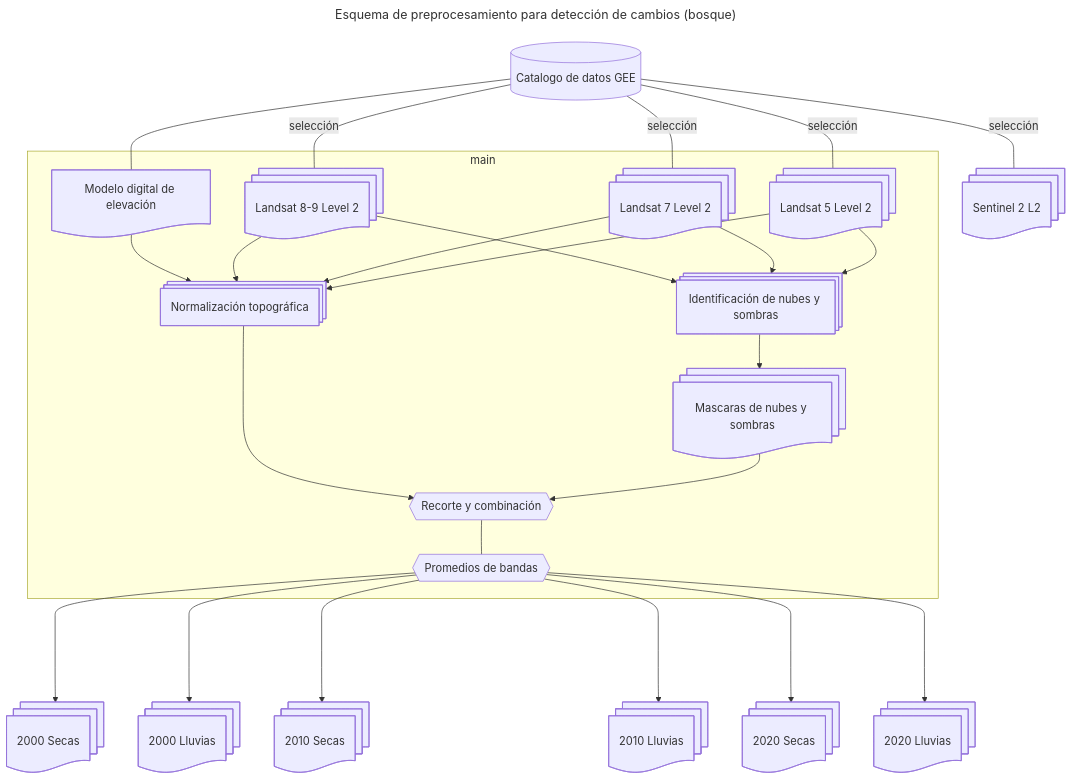
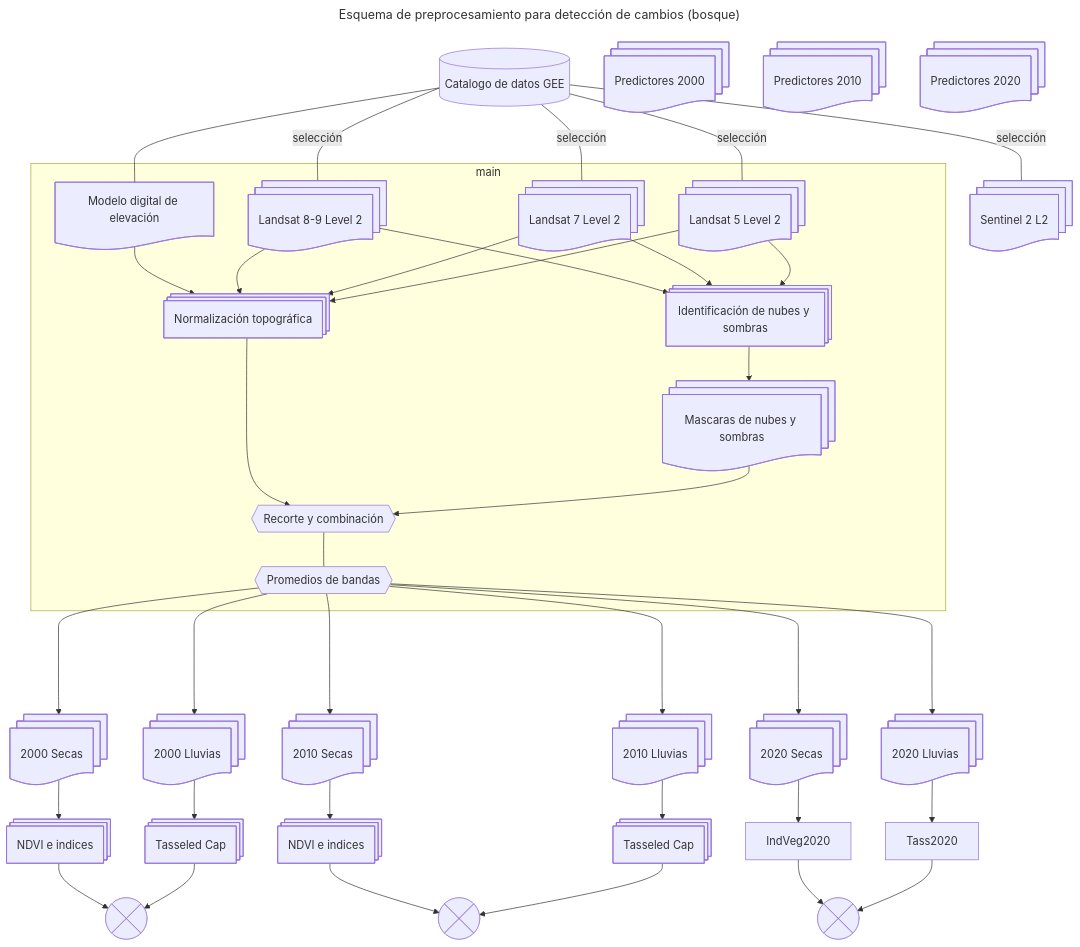
Before and after one commit to vshalisko/GEE: the diagram in ANPs/Esquema_preprocesamiento.mermaid, drawn with Mermaid.

```diff
--- a/ANPs/Esquema_preprocesamiento.mermaid
+++ b/ANPs/Esquema_preprocesamiento.mermaid
@@ -1,54 +1,82 @@
 ---
 title: Esquema de preprocesamiento para detección de cambios (bosque)
 ---
 flowchart TD
     gee1[(Catalogo de datos GEE)]
     Landsat8@{ shape: docs, label: Landsat 8-9 Level 2}
     Landsat7@{ shape: docs, label: Landsat 7 Level 2}
     Landsat5@{ shape: docs, label: Landsat 5 Level 2}
     Sentinel2@{ shape: docs, label: Sentinel 2 L2}
     MDE@{ shape: doc, label: Modelo digital de elevación}
     
     INS@{ shape: procs, label: "Identificación de nubes y sombras"}
     MNS@{ shape: docs, label: "Mascaras de nubes y sombras"}
     NT@{ shape: procs, label: "Normalización topográfica"}
     Combinacion1@{ shape: hex, label: "Recorte y combinación" }
     Combinacion2@{ shape: hex, label: "Promedios de bandas" }
 
     BSecas2000@{ shape: docs, label: 2000 Secas}
     BLluvias2000@{ shape: docs, label: 2000 Lluvias}
     BSecas2010@{ shape: docs, label: 2010 Secas}
     BLluvias2010@{ shape: docs, label: 2010 Lluvias}
     BSecas2020@{ shape: docs, label: 2020 Secas}
     BLluvias2020@{ shape: docs, label: 2020 Lluvias}
 
+    IndVeg2000@{ shape: procs, label: "NDVI e indices"}
+    IndVeg2010@{ shape: procs, label: "NDVI e indices"}
+    IndVeg2010@{ shape: procs, label: "NDVI e indices"}
+    Tass2000@{ shape: procs, label: "Tasseled Cap"}
+    Tass2010@{ shape: procs, label: "Tasseled Cap"}
+    Tass2010@{ shape: procs, label: "Tasseled Cap"}
 
+    Capas2000@{ shape: docs, label: Predictores 2000}
+    Capas2010@{ shape: docs, label: Predictores 2010}
+    Capas2020@{ shape: docs, label: Predictores 2020}
+
+    Comb2000@{ shape: cross-circ, label: "Combinación" }
+    Comb2010@{ shape: cross-circ, label: "Combinación" }
+    Comb2020@{ shape: cross-circ, label: "Combinación" }
+    
     gee1---|selección|Landsat8
     gee1---|selección|Landsat7
     gee1---|selección|Landsat5
     gee1---|selección|Sentinel2
     gee1---MDE
 
     subgraph main
         Landsat8-->INS
         Landsat7-->INS
         Landsat5-->INS
 
         MDE-->NT
         Landsat8-->NT
         Landsat7-->NT
         Landsat5-->NT
 
         INS-->MNS
         NT-->Combinacion1
         MNS-->Combinacion1
         Combinacion1---Combinacion2
         
     end
 
     Combinacion2---->BSecas2000
     Combinacion2---->BLluvias2000
     Combinacion2---->BSecas2010
     Combinacion2---->BLluvias2010
     Combinacion2---->BSecas2020
     Combinacion2---->BLluvias2020
+
+    BSecas2000-->IndVeg2000
+    BLluvias2000-->Tass2000
+    BSecas2010-->IndVeg2010
+    BLluvias2010-->Tass2010
+    BSecas2020-->IndVeg2020
+    BLluvias2020-->Tass2020
+
+    IndVeg2000-->Comb2000
+    Tass2000-->Comb2000
+    IndVeg2010-->Comb2010
+    Tass2010-->Comb2010
+    IndVeg2020-->Comb2020
+    Tass2020-->Comb2020
```
